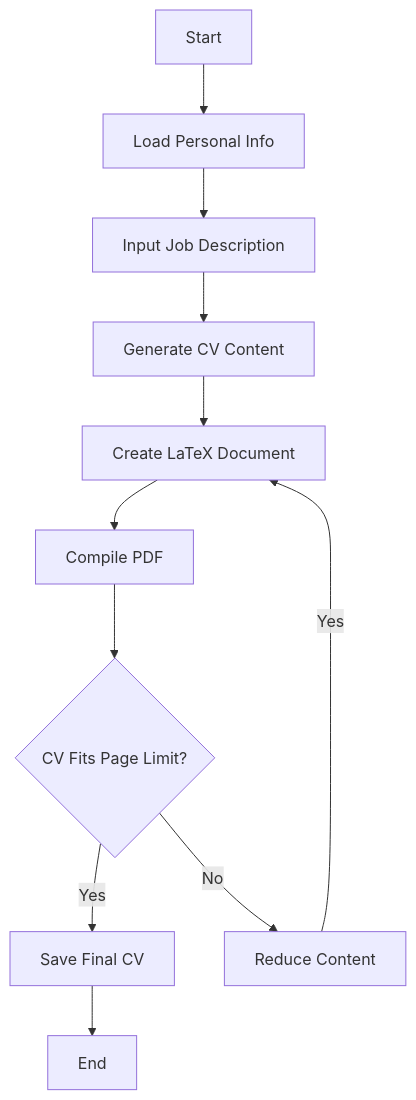
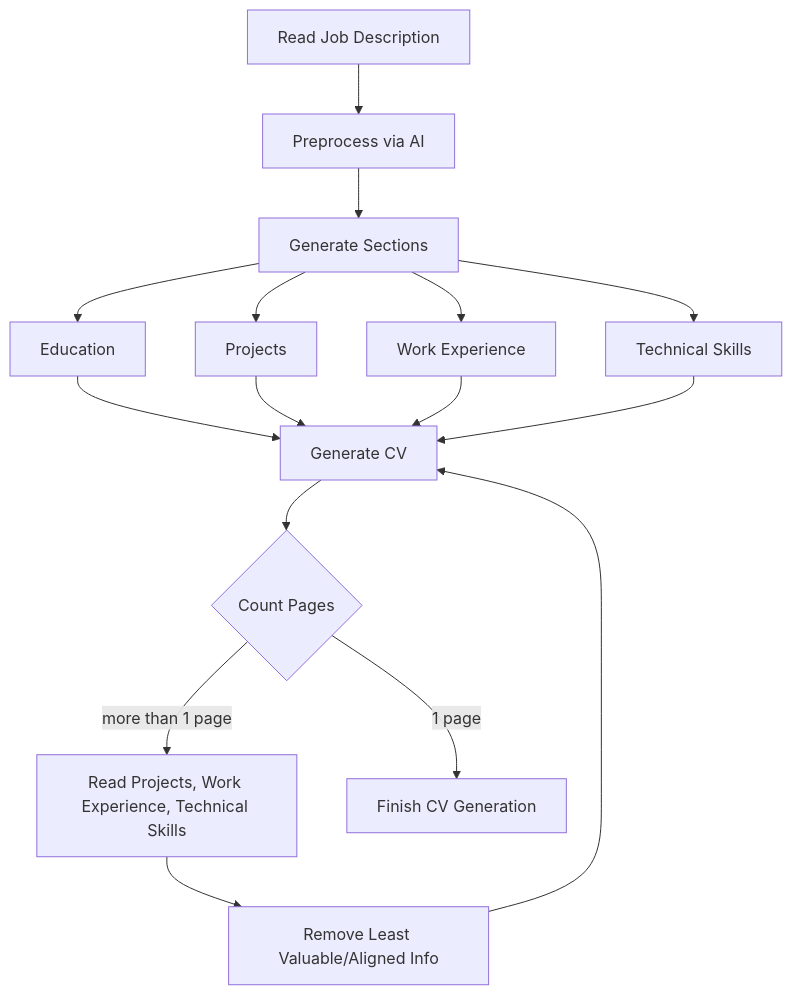
Before and after one commit to a-curious-coder/theforge: the diagram in README.md, drawn with Mermaid. The commit also changed other lines of this file and 31 other files, not shown here.

````diff
--- a/README.md
+++ b/README.md
@@ -26,13 +25,15 @@
 ```mermaid
 graph TD
-    A[Start] --> B[Load Personal Info]
-    B --> C[Input Job Description]
-    C --> D[Generate CV Content]
-    D --> E[Create LaTeX Document]
-    E --> F[Compile PDF]
-    F --> G{CV Fits Page Limit?}
-    G -->|Yes| H[Save Final CV]
-    G -->|No| I[Reduce Content]
-    I -->|Yes| E
-    H --> J[End]
+    A[Read Job Description] --> B[Preprocess via AI]
+    B --> C[Generate Sections]
+    C --> D[Education]
+    C --> E[Projects]
+    C --> F[Work Experience]
+    C --> G[Technical Skills]
+    D & E & F & G --> H[Generate CV]
+    H --> I{Count Pages}
+    I -->|more than 1 page| J[Read Projects, Work Experience, Technical Skills]
+    J --> K[Remove Least Valuable/Aligned Info]
+    K --> H
+    I -->|1 page| L[Finish CV Generation]
 ```
````
